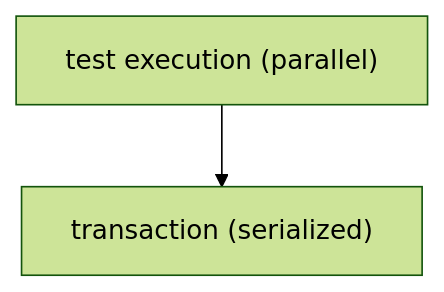
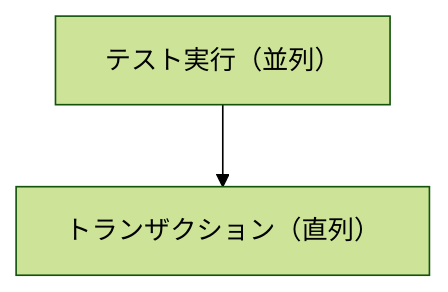
One commit to Tomy-ch/go-boilerplate changed the ninth of 13 diagrams in internal/infrastructure/rdb/repository/README.md. Above: the diagram before and after it, drawn with Mermaid (forest theme). The commit also changed other lines of this file and 970 other files, not shown here.

````diff
--- a/internal/infrastructure/rdb/repository/README.md
+++ b/internal/infrastructure/rdb/repository/README.md
@@ -579,7 +584,7 @@
 ```mermaid
 flowchart TB
-    Parallel["test execution (parallel)"]
-    Serial["transaction (serialized)"]
+    Parallel["テスト実行（並列）"]
+    Serial["トランザクション（直列）"]
 
     Parallel --> Serial
 ```
````
